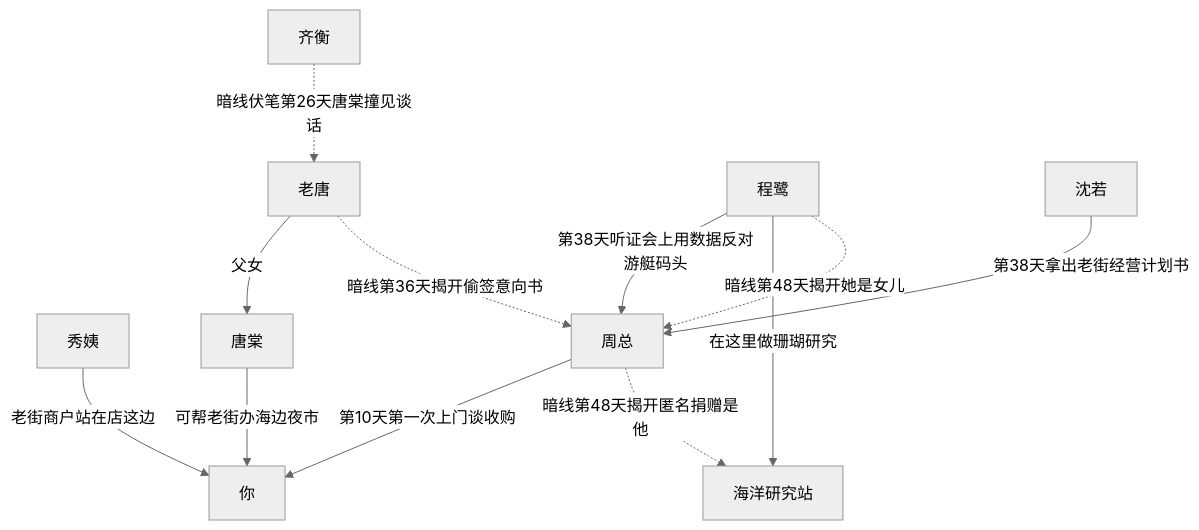
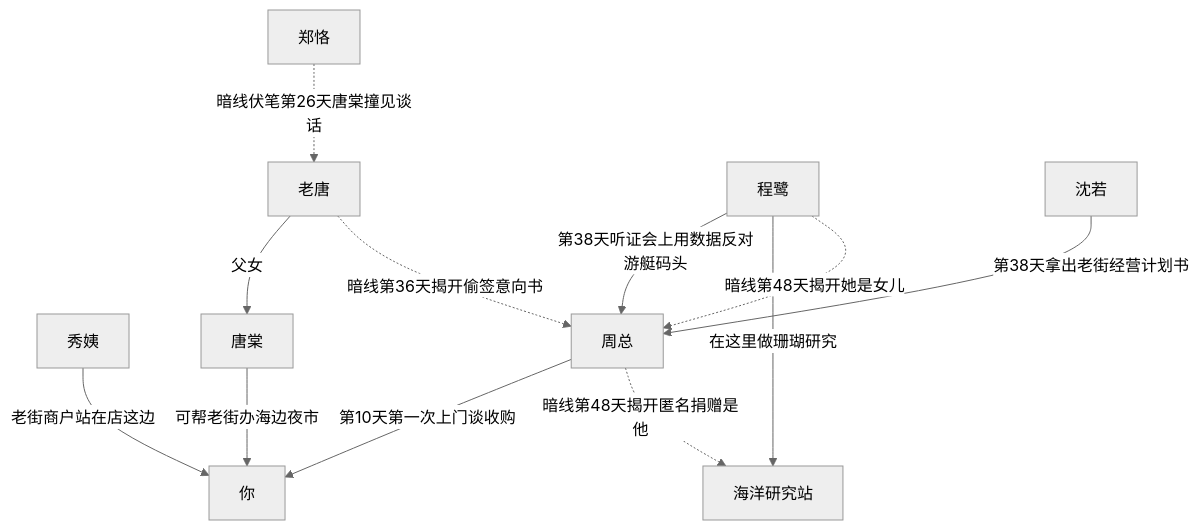
One commit to GmhLovEDM/grok-prototype changed the second of 3 diagrams in projects/seaside-cafe/01-planning/relationships.md. Above: the diagram before and after it, drawn with Mermaid (neutral theme). The commit also changed other lines of this file and 11 other files, not shown here.

````diff
--- a/projects/seaside-cafe/01-planning/relationships.md
+++ b/projects/seaside-cafe/01-planning/relationships.md
@@ -51,24 +51,24 @@
 ```mermaid
 flowchart TD
   you[你]
   xiuyi[秀姨]
   zhou[周总]
   laotang[老唐]
   tangtang[唐棠]
-  assistant[齐衡]
+  assistant[郑恪]
   chenglu[程鹭]
   station[海洋研究站]
   shenruo[沈若]
 
   zhou -->|第10天第一次上门谈收购| you
   xiuyi -->|老街商户站在店这边| you
   laotang -->|父女| tangtang
   tangtang -->|可帮老街办海边夜市| you
   chenglu -->|第38天听证会上用数据反对游艇码头| zhou
   chenglu -->|在这里做珊瑚研究| station
   shenruo -->|第38天拿出老街经营计划书| zhou
   laotang -.->|暗线第36天揭开偷签意向书| zhou
   assistant -.->|暗线伏笔第26天唐棠撞见谈话| laotang
   chenglu -.->|暗线第48天揭开她是女儿| zhou
   zhou -.->|暗线第48天揭开匿名捐赠是他| station
 ```
````
